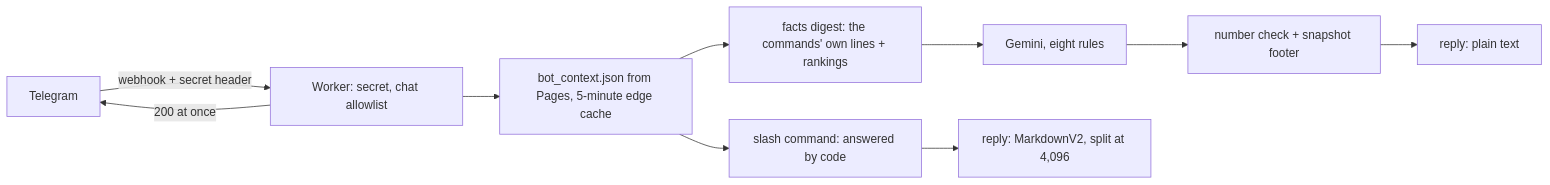
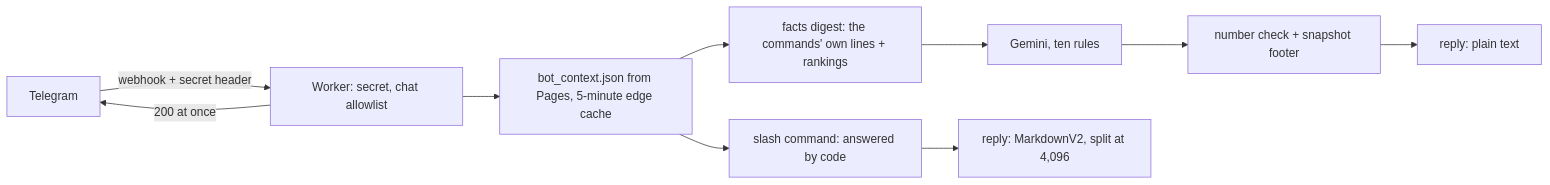
One commit to myc208/quantlens changed the fifth of 6 diagrams in README.md. Above: the diagram before and after it, drawn with Mermaid. The commit also changed other lines of this file and 25 other files, not shown here.

````diff
--- a/README.md
+++ b/README.md
@@ -1227,11 +1320,11 @@
 ```mermaid
 flowchart LR
   TG["Telegram"] -->|"webhook + secret header"| W["Worker: secret, chat allowlist"]
   W -->|"200 at once"| TG
   W --> C["bot_context.json from Pages, 5-minute edge cache"]
   C --> CMD["slash command: answered by code"]
   C --> D["facts digest: the commands' own lines + rankings"]
-  D --> G["Gemini, eight rules"] --> N["number check + snapshot footer"]
+  D --> G["Gemini, ten rules"] --> N["number check + snapshot footer"]
   CMD --> R["reply: MarkdownV2, split at 4,096"]
   N --> R2["reply: plain text"]
 ```
````
